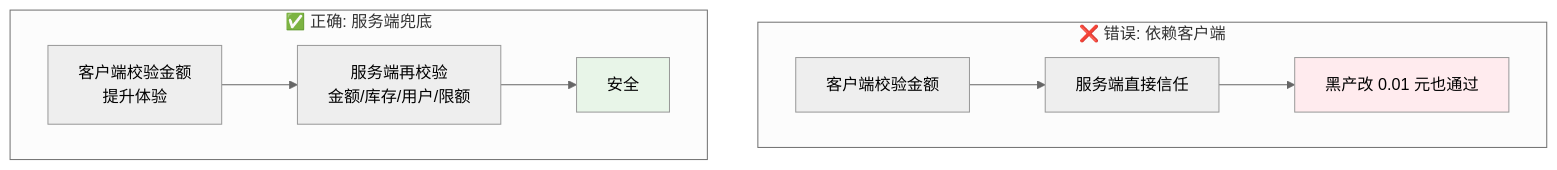
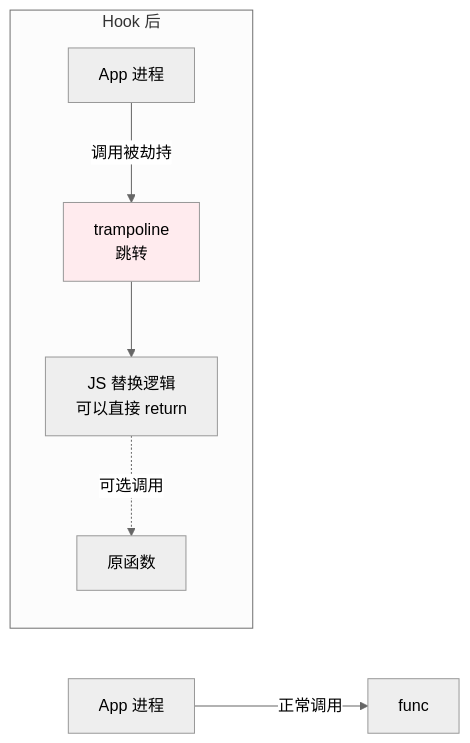
The fifth of 10 diagrams in docs/10.真经/05.方案设计思想/17.移动端防抓包实践.md (chongyang211/YCBookBlog), drawn with Mermaid (neutral theme) before and after one commit. The commit also changed other lines of this file and 36 other files, not shown here.

````diff
--- a/docs/10.真经/05.方案设计思想/17.移动端防抓包实践.md
+++ b/docs/10.真经/05.方案设计思想/17.移动端防抓包实践.md
@@ -278,17 +342,10 @@
 ```mermaid
-graph TB
-    subgraph "❌ 错误: 依赖客户端"
-        C1[客户端校验金额]
-        C1 --> Server1[服务端直接信任]
-        Server1 --> Loss[黑产改 0.01 元也通过]
+graph LR
+    App[App 进程] -->|正常调用| Fn[func]
+    subgraph Hook 后
+        App2[App 进程] -->|调用被劫持| Trap[trampoline<br/>跳转]
+        Trap --> JS[JS 替换逻辑<br/>可以直接 return]
+        JS -.可选调用.-> Fn2[原函数]
     end
-    
-    subgraph "✅ 正确: 服务端兜底"
-        C2[客户端校验金额<br/>提升体验]
-        C2 --> Server2[服务端再校验<br/>金额/库存/用户/限额]
-        Server2 --> Safe[安全]
-    end
-    
-    style Loss fill:#ffebee
-    style Safe fill:#e8f5e8
+    style Trap fill:#ffebee
 ```
````
